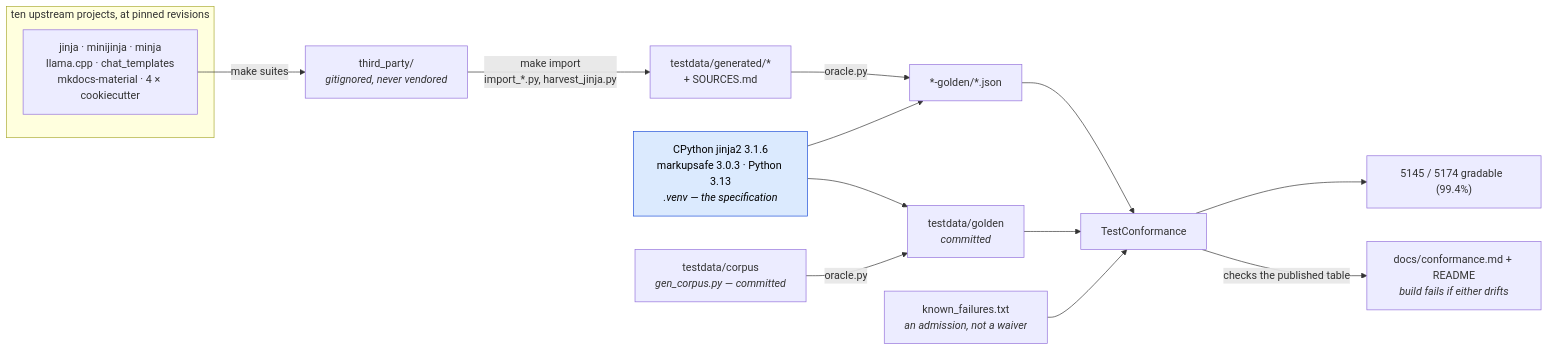
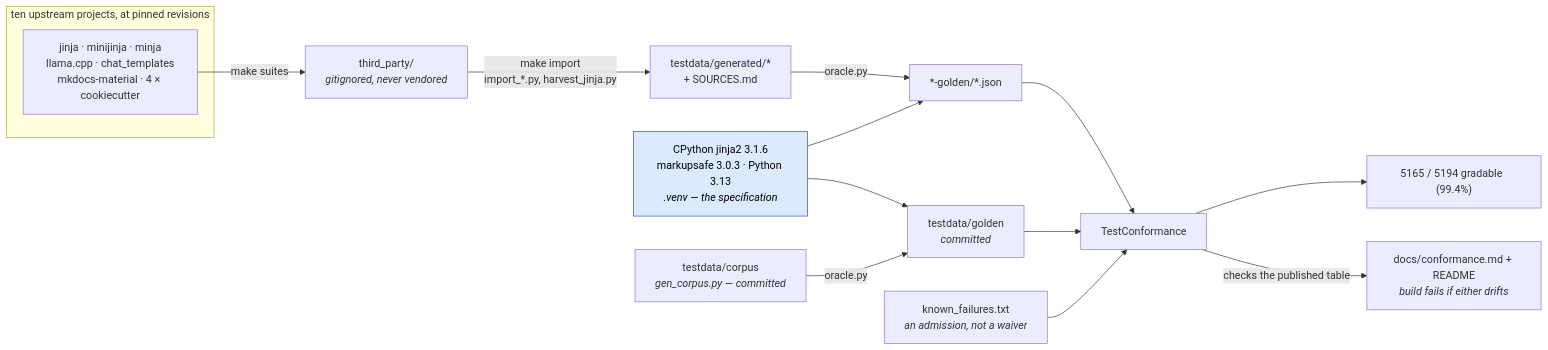
Before and after one commit to mgilbir/gojja2: the first of 2 diagrams in docs/conformance.md, drawn with Mermaid. The commit also changed other lines of this file and 70 other files, not shown here.

````diff
--- a/docs/conformance.md
+++ b/docs/conformance.md
@@ -17,24 +17,24 @@
 ```mermaid
 flowchart LR
     subgraph up["ten upstream projects, at pinned revisions"]
         U1["jinja · minijinja · minja<br/>llama.cpp · chat_templates<br/>mkdocs-material · 4 × cookiecutter"]
     end
     U1 -->|"make suites"| TP["third_party/<br/><i>gitignored, never vendored</i>"]
     TP -->|"make import<br/>import_*.py, harvest_jinja.py"| GEN["testdata/generated/*<br/>+ SOURCES.md"]
 
     ORA["CPython jinja2 3.1.6<br/>markupsafe 3.0.3 · Python 3.13<br/><i>.venv — the specification</i>"]
     GEN -->|"oracle.py"| G2["*-golden/*.json"]
     ORA --> G2
 
     OWN["testdata/corpus<br/><i>gen_corpus.py — committed</i>"] -->|"oracle.py"| G1["testdata/golden<br/><i>committed</i>"]
     ORA --> G1
 
     G1 --> TC["TestConformance"]
     G2 --> TC
     KF["known_failures.txt<br/><i>an admission, not a waiver</i>"] --> TC
-    TC --> RATE["5145 / 5174 gradable  (99.4%)"]
+    TC --> RATE["5165 / 5194 gradable  (99.4%)"]
     TC -->|"checks the published table"| RM["docs/conformance.md + README<br/><i>build fails if either drifts</i>"]
 
     classDef spec fill:#dbeafe,stroke:#1d4ed8,color:#000
     class ORA spec
 ```
````
